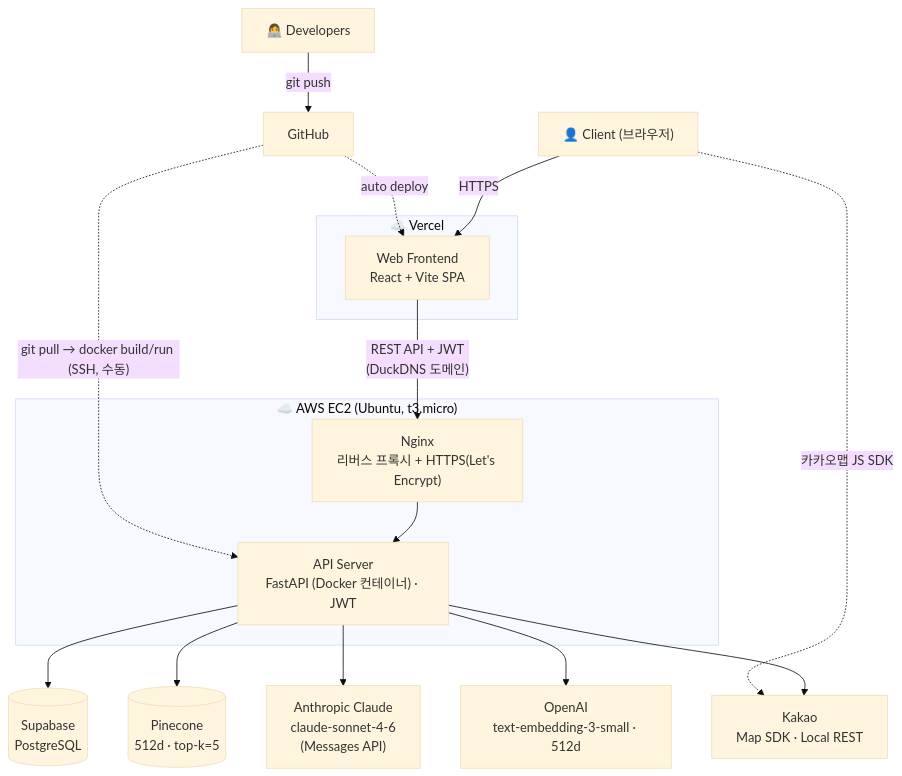
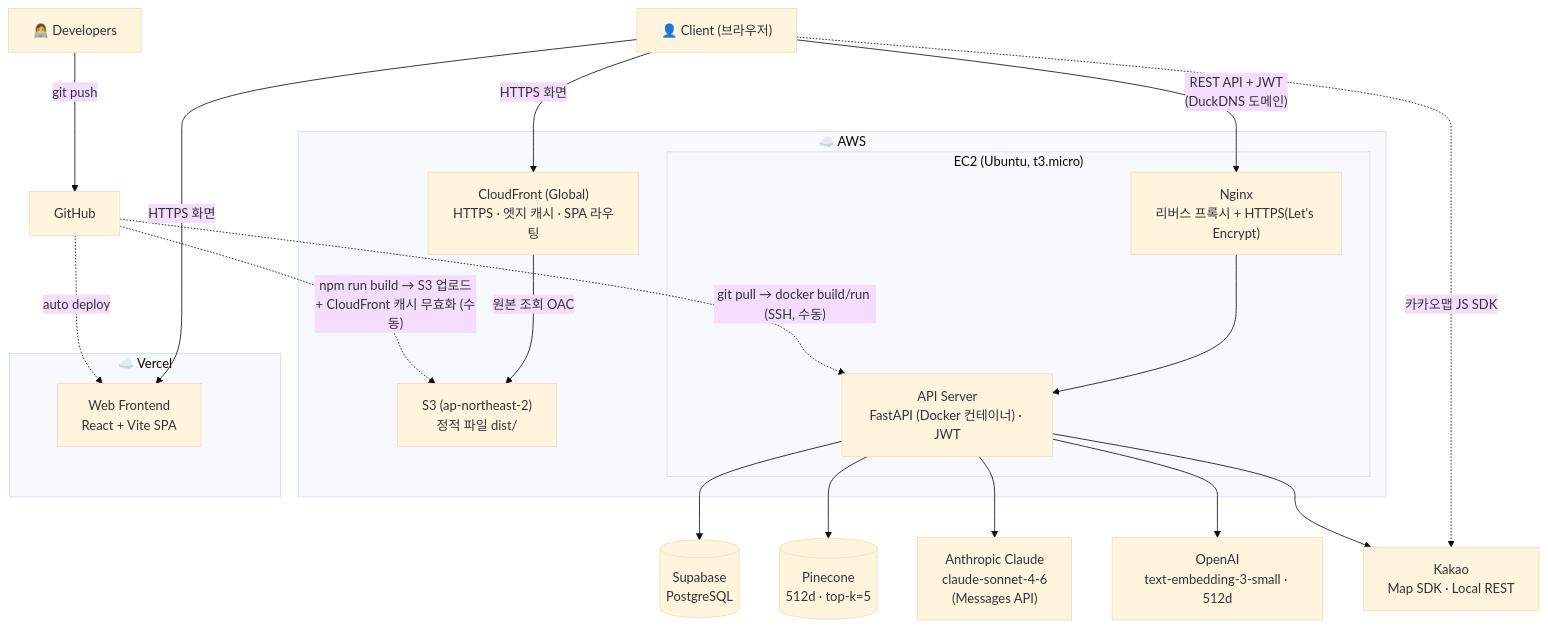
The fifth of 7 diagrams in README.md (hanulkimm/biz-lunch-lab), drawn with Mermaid (base theme) before and after one commit. The commit also changed other lines of this file, not shown here.

Commit message:
docs: 아키텍처·배포 문서에 S3+CloudFront 프론트 병행 배포 반영
- mermaid 다이어그램에 CloudFront(Global)→S3(OAC) 경로와 EC2 중첩 구조 추가
- Live (AWS) 주소, S3·CloudFront 배지, 배포 구성 표·환경변수 표 갱신

````diff
--- a/README.md
+++ b/README.md
@@ -136,24 +137,28 @@
 ```mermaid
 flowchart TD
     Dev["👩‍💻 Developers"] -->|git push| GH["GitHub"]
     GH -. auto deploy .-> FE
+    GH -. "npm run build → S3 업로드<br/>+ CloudFront 캐시 무효화 (수동)" .-> S3
     GH -. "git pull → docker build/run (SSH, 수동)" .-> API
 
-    Client["👤 Client (브라우저)"] -->|HTTPS| FE
+    Client["👤 Client (브라우저)"] -->|HTTPS 화면| FE
+    Client -->|HTTPS 화면| CF
+    Client -->|"REST API + JWT<br/>(DuckDNS 도메인)"| NGINX
     Client -. 카카오맵 JS SDK .-> KAKAO["Kakao<br/>Map SDK · Local REST"]
 
     subgraph Vercel["☁️ Vercel"]
         FE["Web Frontend<br/>React + Vite SPA"]
     end
-    subgraph EC2["☁️ AWS EC2 (Ubuntu, t3.micro)"]
-        NGINX["Nginx<br/>리버스 프록시 + HTTPS(Let's Encrypt)"] --> API["API Server<br/>FastAPI (Docker 컨테이너) · JWT"]
+    subgraph AWS["☁️ AWS"]
+        CF["CloudFront (Global)<br/>HTTPS · 엣지 캐시 · SPA 라우팅"] -->|원본 조회 OAC| S3["S3 (ap-northeast-2)<br/>정적 파일 dist/"]
+        subgraph EC2["EC2 (Ubuntu, t3.micro)"]
+            NGINX["Nginx<br/>리버스 프록시 + HTTPS(Let's Encrypt)"] --> API["API Server<br/>FastAPI (Docker 컨테이너) · JWT"]
+        end
     end
-
-    FE -->|"REST API + JWT<br/>(DuckDNS 도메인)"| NGINX
 
     API --> DB[("Supabase<br/>PostgreSQL")]
     API --> VEC[("Pinecone<br/>512d · top-k=5")]
     API --> LLM["Anthropic Claude<br/>claude-sonnet-4-6<br/>(Messages API)"]
     API --> EMB["OpenAI<br/>text-embedding-3-small · 512d"]
     API --> KAKAO
 ```
````
